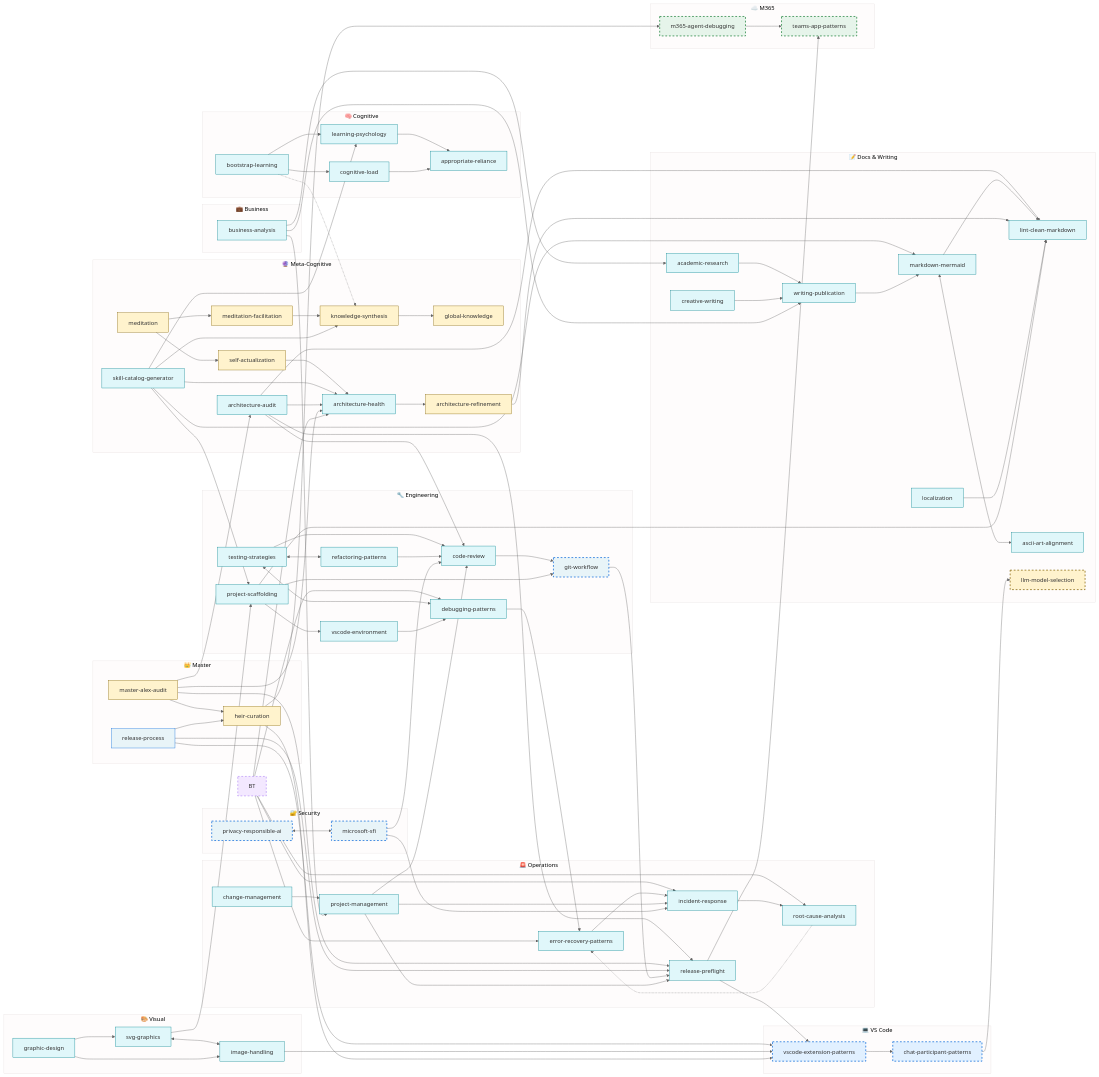
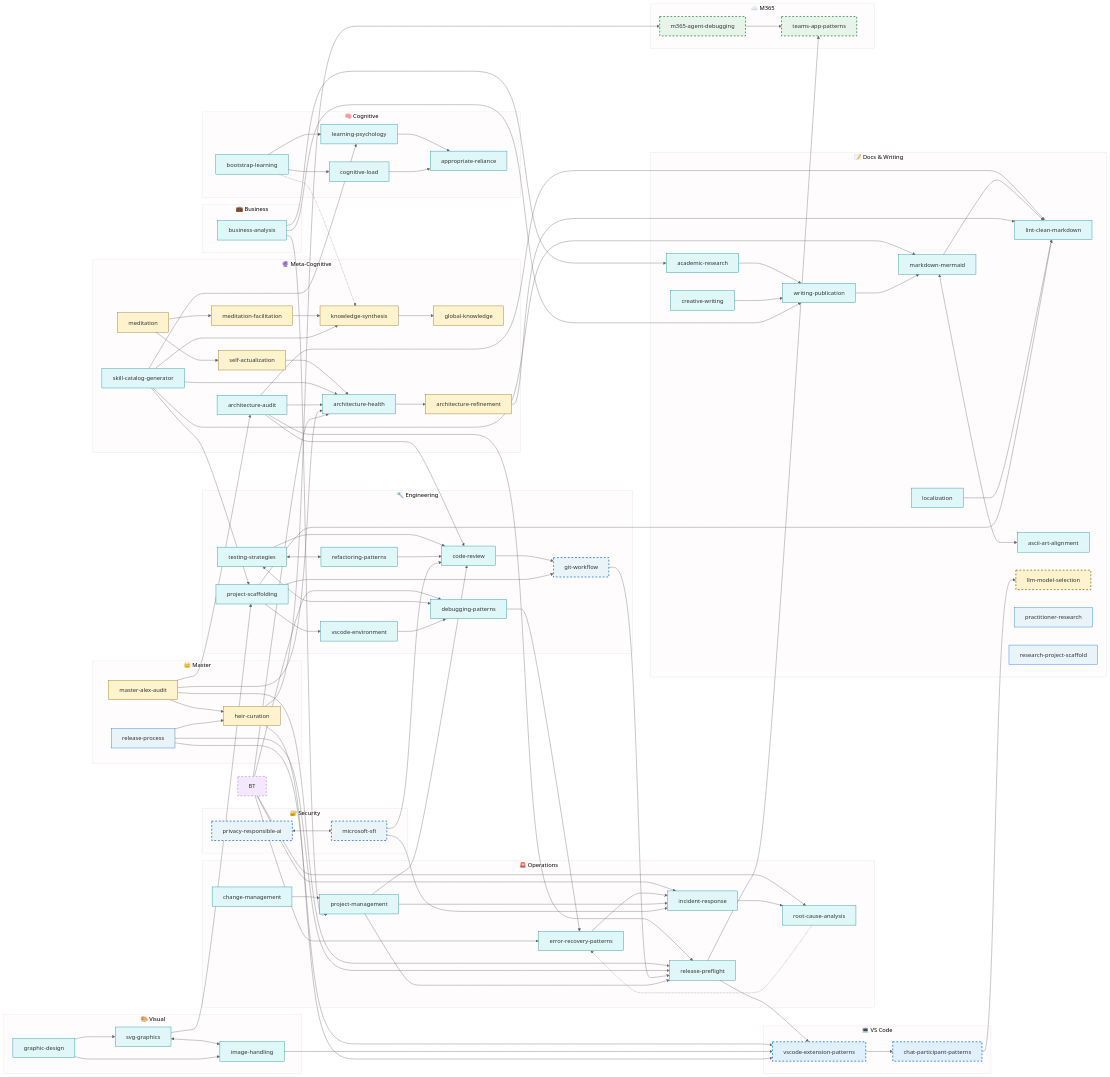
Before and after one commit to fabioc-aloha/Alex_Plug_In: the diagram in alex_docs/SKILLS-CATALOG.md, drawn with Mermaid. The commit also changed other lines of this file and 4 other files, not shown here.

```diff
--- a/alex_docs/SKILLS-CATALOG.md
+++ b/alex_docs/SKILLS-CATALOG.md
@@ -232,6 +234,8 @@
         AA[ascii-art-alignment]
         LLM[llm-model-selection]
         ACR[academic-research]
+        PR[practitioner-research]
+        RPS[research-project-scaffold]
         CW[creative-writing]
         LOC[localization]
     end
```
